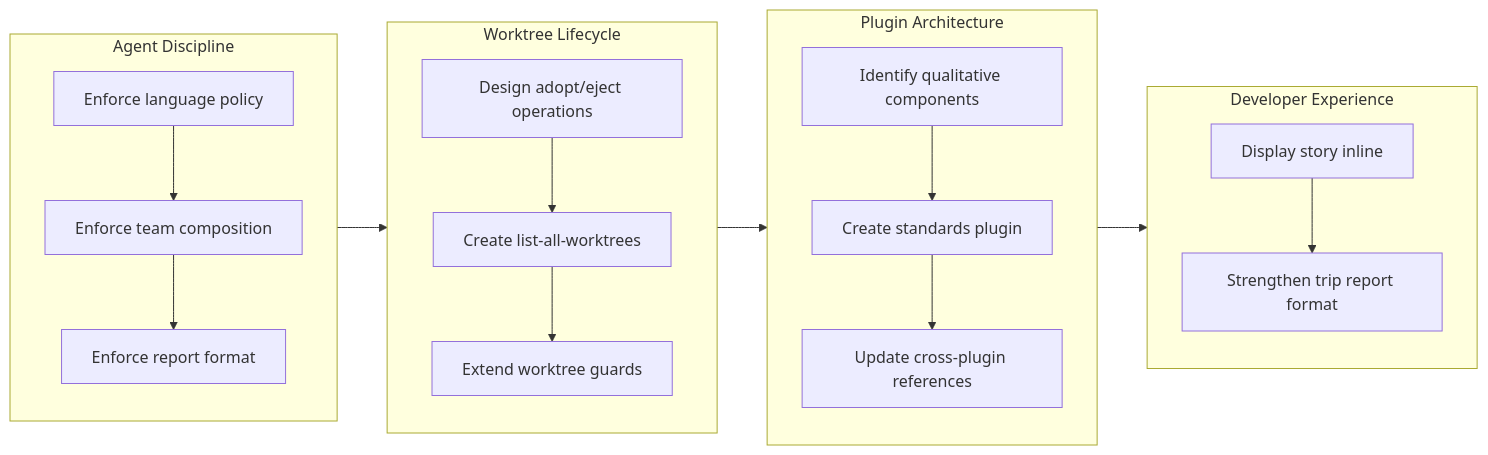
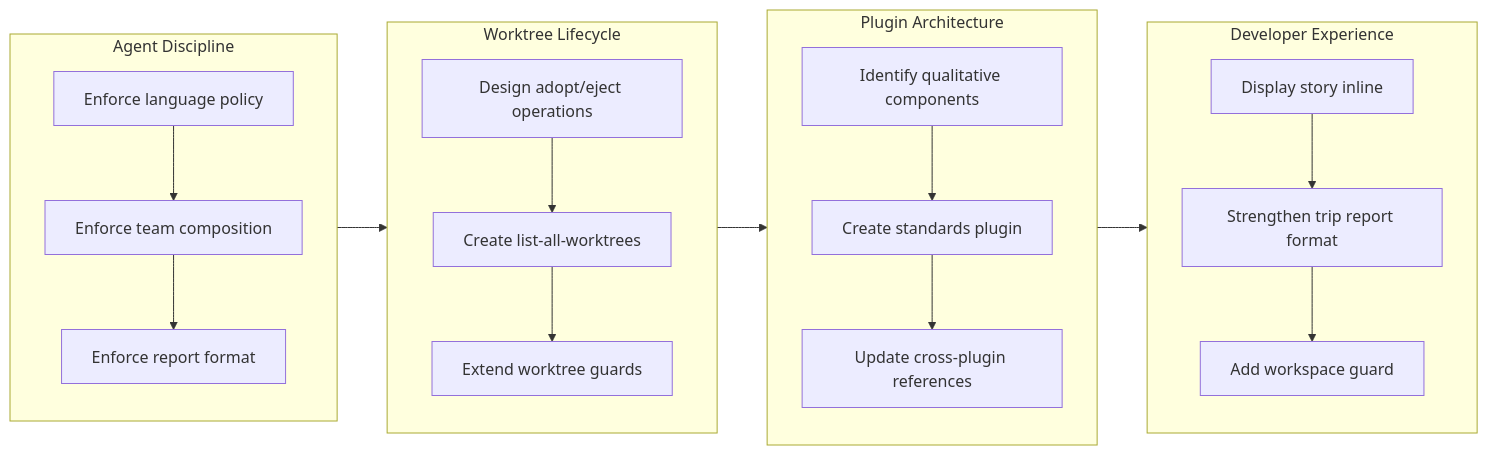
One commit to qmu/workaholic changed the diagram in .workaholic/stories/drive-20260326-183949.md. Above: the diagram before and after it, drawn with Mermaid. The commit also changed other lines of this file and 2 other files, not shown here.

Commit message:
Update branch story and release notes for drive-20260326-183949

````diff
--- a/.workaholic/stories/drive-20260326-183949.md
+++ b/.workaholic/stories/drive-20260326-183949.md
@@ -29,24 +29,24 @@
 ```mermaid
 flowchart LR
   subgraph Discipline[Agent Discipline]
     direction TB
     d1[Enforce language policy] --> d2[Enforce team composition] --> d3[Enforce report format]
   end
 
   subgraph Worktree[Worktree Lifecycle]
     direction TB
     w1[Design adopt/eject operations] --> w2[Create list-all-worktrees] --> w3[Extend worktree guards]
   end
 
   subgraph Architecture[Plugin Architecture]
     direction TB
     a1[Identify qualitative components] --> a2[Create standards plugin] --> a3[Update cross-plugin references]
   end
 
   subgraph UX[Developer Experience]
     direction TB
-    u1[Display story inline] --> u2[Strengthen trip report format]
+    u1[Display story inline] --> u2[Strengthen trip report format] --> u3[Add workspace guard]
   end
 
   Discipline --> Worktree --> Architecture --> UX
 ```
````
